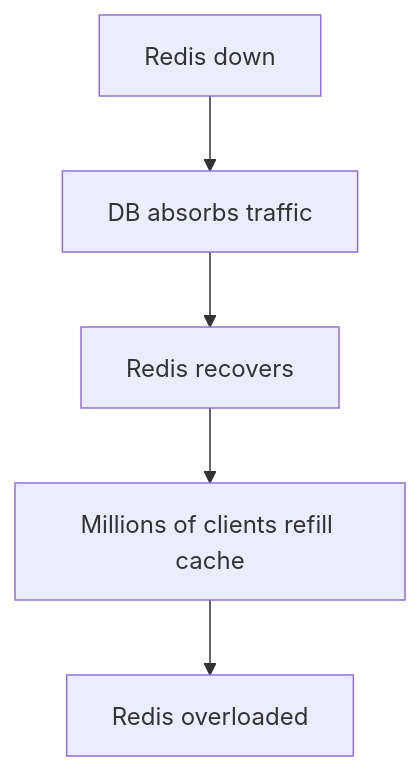
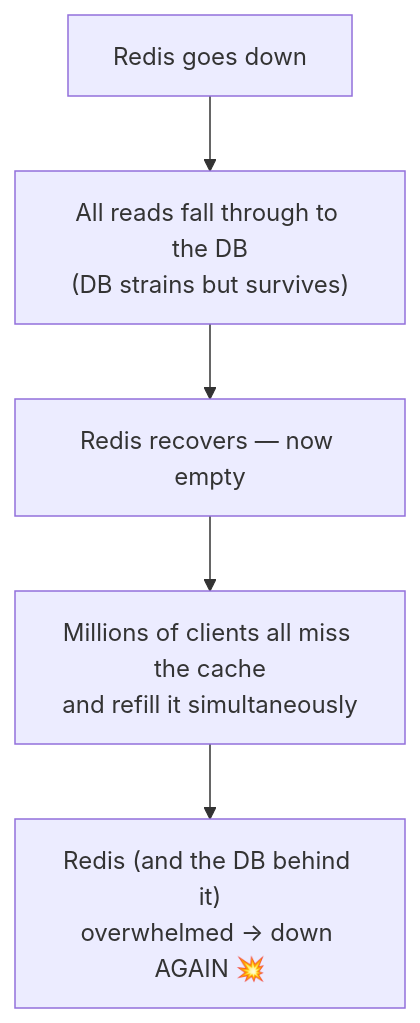
Before and after one commit to pankajThakur1874/studysheet: diagram 19 of 22 in files/08-edge-cases/Tier-6-Advanced-Distributed-Systems.md, drawn with Mermaid. The commit also changed other lines of this file and 5 other files, not shown here.

````diff
--- a/files/08-edge-cases/Tier-6-Advanced-Distributed-Systems.md
+++ b/files/08-edge-cases/Tier-6-Advanced-Distributed-Systems.md
@@ -481,7 +966,7 @@
 ```mermaid
 flowchart TD
-    A["Redis down"] --> B["DB absorbs traffic"]
-    B --> C["Redis recovers"]
-    C --> D["Millions of clients refill cache"]
-    D --> E["Redis overloaded"]
+    A["Redis goes down"] --> B["All reads fall through to the DB<br/>(DB strains but survives)"]
+    B --> C["Redis recovers — now empty"]
+    C --> D["Millions of clients all miss the cache<br/>and refill it simultaneously"]
+    D --> E["Redis (and the DB behind it)<br/>overwhelmed → down AGAIN 💥"]
 ```
````
